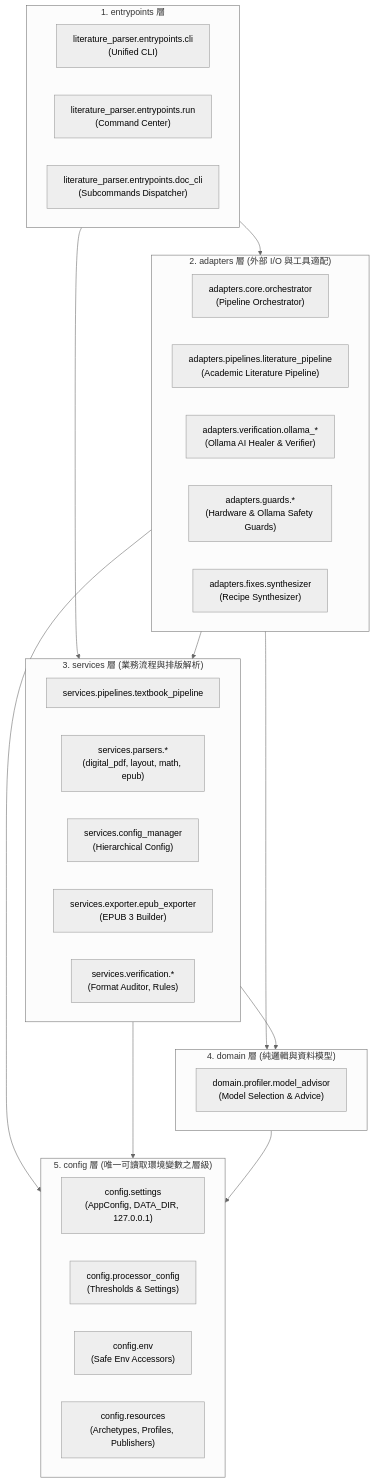
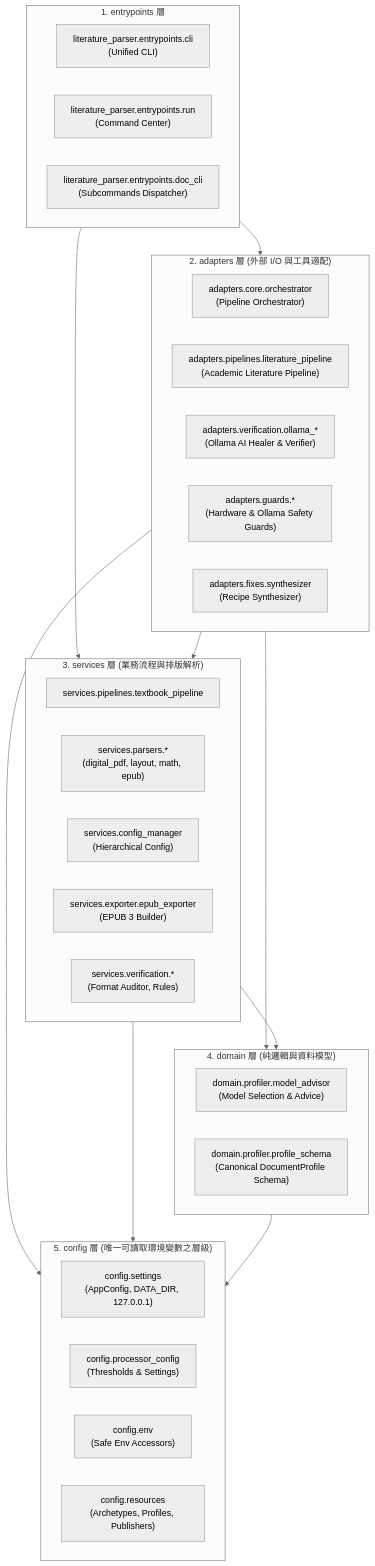
The first of 3 diagrams in docs/architecture/ARCHITECTURE.md (chinkunlim/literature-parser), drawn with Mermaid (neutral theme) before and after one commit. The commit also changed other lines of this file and 16 other files, not shown here.

First line of the commit message:
feat(profiler): implement DocumentProfile schema, publisher-first inheritance, and unified profile.json (TASK-013) [agent:antigravity]

````diff
--- a/docs/architecture/ARCHITECTURE.md
+++ b/docs/architecture/ARCHITECTURE.md
@@ -10,44 +10,45 @@
 ```mermaid
 flowchart TD
     subgraph Entrypoints ["1. entrypoints 層"]
         CLI["literature_parser.entrypoints.cli<br>(Unified CLI)"]
         RunCmd["literature_parser.entrypoints.run<br>(Command Center)"]
         DocCLI["literature_parser.entrypoints.doc_cli<br>(Subcommands Dispatcher)"]
     end
 
     subgraph Adapters ["2. adapters 層 (外部 I/O 與工具適配)"]
         Orchestrator["adapters.core.orchestrator<br>(Pipeline Orchestrator)"]
         LitPipe["adapters.pipelines.literature_pipeline<br>(Academic Literature Pipeline)"]
         OllamaAdp["adapters.verification.ollama_*<br>(Ollama AI Healer & Verifier)"]
         GuardsAdp["adapters.guards.*<br>(Hardware & Ollama Safety Guards)"]
         FixSynth["adapters.fixes.synthesizer<br>(Recipe Synthesizer)"]
     end
 
     subgraph Services ["3. services 層 (業務流程與排版解析)"]
         TextbookPipe["services.pipelines.textbook_pipeline"]
         Parsers["services.parsers.*<br>(digital_pdf, layout, math, epub)"]
         CfgMgr["services.config_manager<br>(Hierarchical Config)"]
         Exporter["services.exporter.epub_exporter<br>(EPUB 3 Builder)"]
         VerifyService["services.verification.*<br>(Format Auditor, Rules)"]
     end
 
     subgraph Domain ["4. domain 層 (純邏輯與資料模型)"]
         Advisor["domain.profiler.model_advisor<br>(Model Selection & Advice)"]
+        ProfileSchema["domain.profiler.profile_schema<br>(Canonical DocumentProfile Schema)"]
     end
 
     subgraph Config ["5. config 層 (唯一可讀取環境變數之層級)"]
         Settings["config.settings<br>(AppConfig, DATA_DIR, 127.0.0.1)"]
         ProcConfig["config.processor_config<br>(Thresholds & Settings)"]
         Env["config.env<br>(Safe Env Accessors)"]
         Resources["config.resources<br>(Archetypes, Profiles, Publishers)"]
     end
 
     Entrypoints --> Adapters
     Entrypoints --> Services
     Adapters --> Services
     Adapters --> Domain
     Adapters --> Config
     Services --> Domain
     Services --> Config
     Domain --> Config
 ```
````
